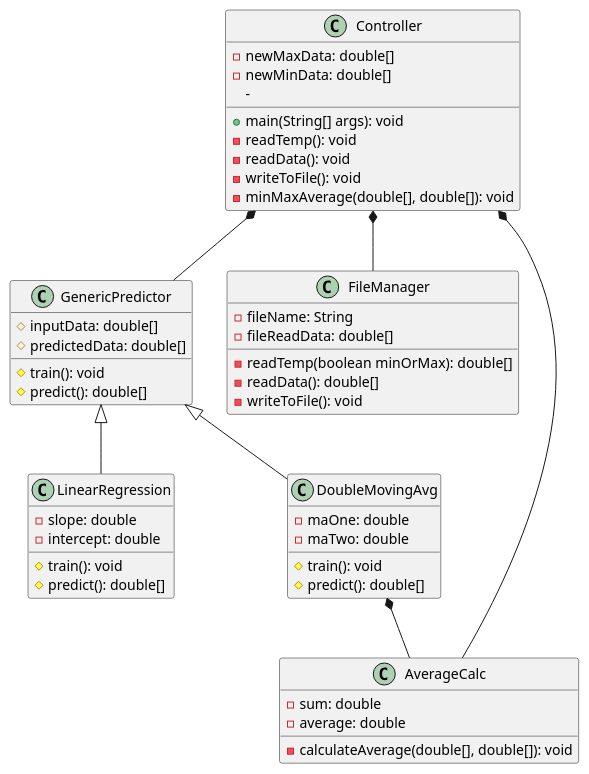
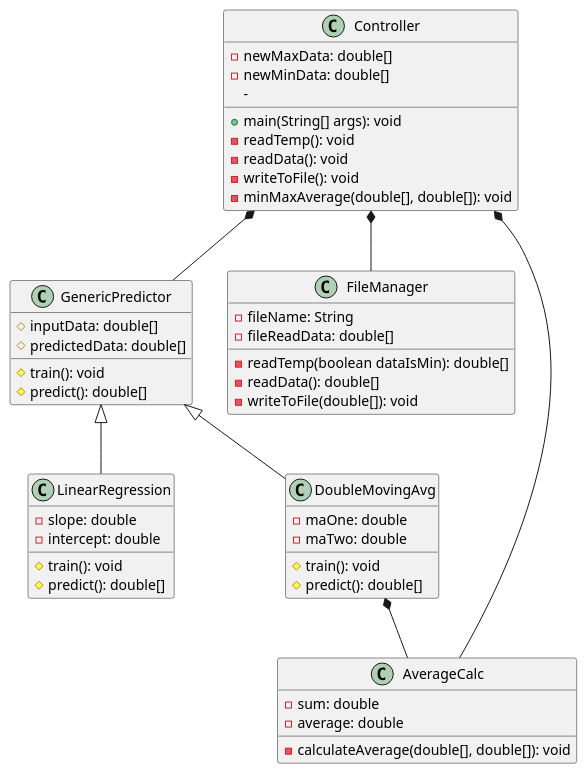
One commit to skhinda7/WeatherPrediction changed the diagram in Prediction.puml. Above: the diagram before and after it, drawn with PlantUML. The commit also changed 14 other files, not shown here.

```diff
--- a/Prediction.puml
+++ b/Prediction.puml
@@ -1,52 +1,52 @@
 @startuml "Prediction Model"
 
 class Controller {
     -newMaxData: double[]
     -newMinData: double[]
     +main(String[] args): void
     -readTemp(): void
     -readData(): void
     -writeToFile(): void
     -minMaxAverage(double[], double[]): void
     -
 }
 
 class GenericPredictor {
     #inputData: double[]
     #predictedData: double[]
     #train(): void
     #predict(): double[]
 }
 class LinearRegression extends GenericPredictor {
     -slope: double
     -intercept: double
     #train(): void 
     #predict(): double[]
 }
 
 class DoubleMovingAvg extends GenericPredictor {
     -maOne: double
     -maTwo: double
     #train(): void 
     #predict(): double[]
 }
 class FileManager {
     -fileName: String
     -fileReadData: double[]
-    -readTemp(boolean minOrMax): double[]
+    -readTemp(boolean dataIsMin): double[]
     -readData(): double[]
-    -writeToFile(): void
+    -writeToFile(double[]): void
 }
 
 class AverageCalc  {
     -sum: double
     -average: double
     -calculateAverage(double[], double[]): void
 }
 
 Controller *-- FileManager
 Controller *-- GenericPredictor
 Controller *-- AverageCalc
 DoubleMovingAvg *-- AverageCalc
 
 @enduml
```
